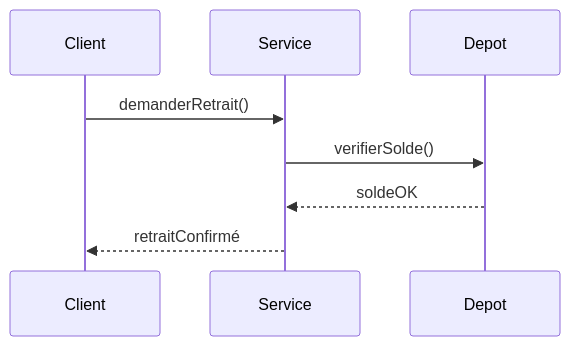
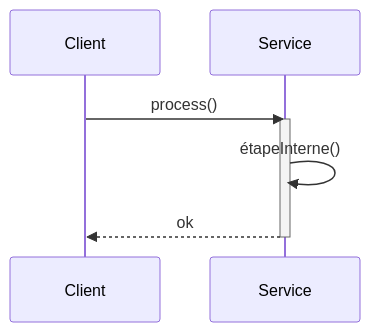
One commit to ophenix-maisonneuve/420-930-ma-site-web changed the fifth of 10 diagrams in _notes/uml/uml-sequence.md. Above: the diagram before and after it, drawn with Mermaid. The commit also changed other lines of this file and 1 other file, not shown here.

Commit message:
ajout des notes de cours sur le diagramme de séquence

````diff
--- a/_notes/uml/uml-sequence.md
+++ b/_notes/uml/uml-sequence.md
@@ -49,11 +72,8 @@
 ```mermaid
 sequenceDiagram
-    participant Client
-    participant Service
-    participant Depot
-
-    Client->>Service: demanderRetrait()
-    Service->>Depot: verifierSolde()
-    Depot-->>Service: soldeOK
-    Service-->>Client: retraitConfirmé
+Client ->> Service : process()
+activate Service
+Service ->> Service : étapeInterne()
+Service -->> Client : ok
+deactivate Service
 ```
````
